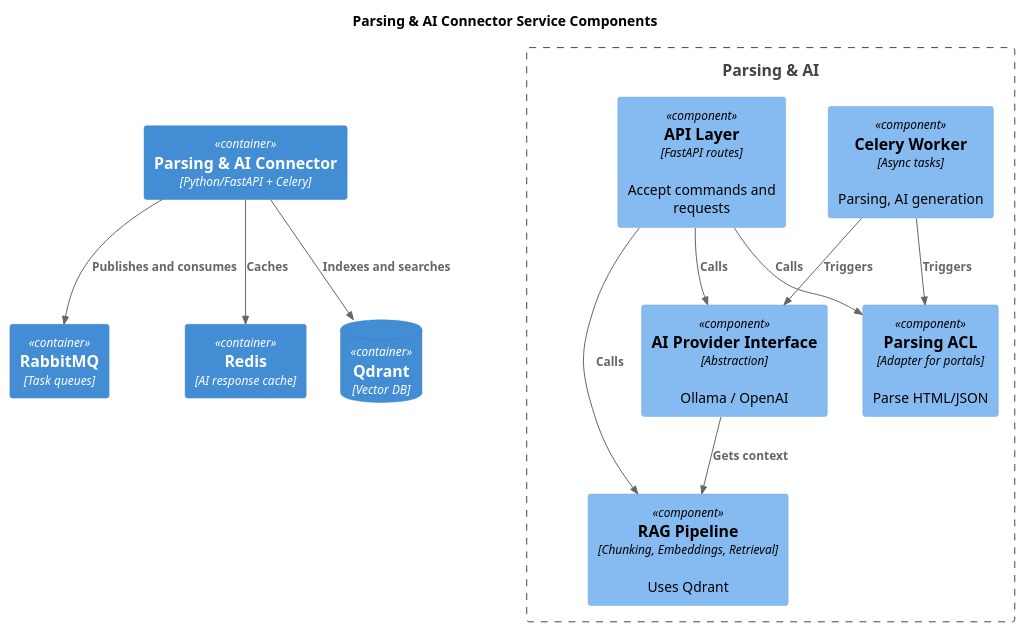
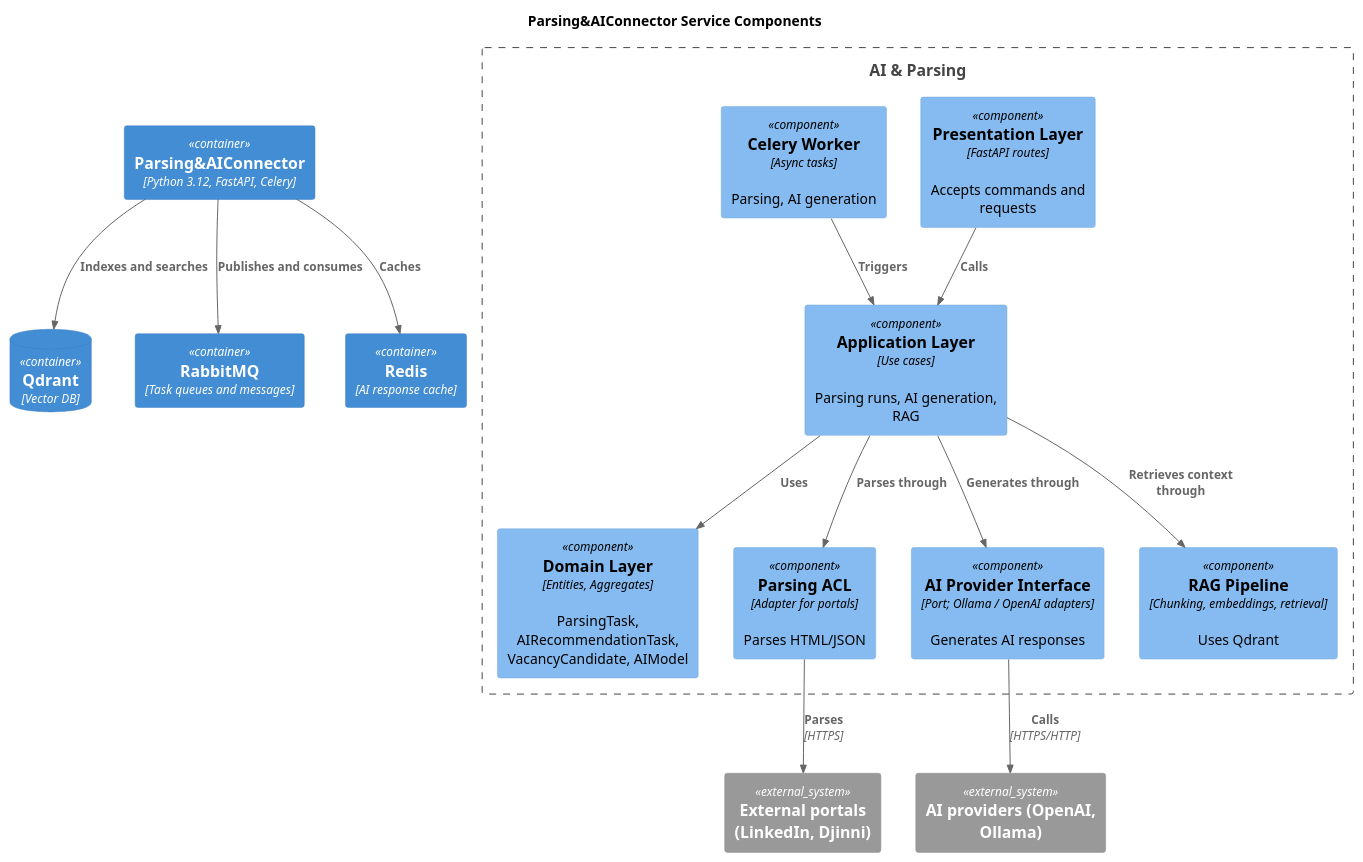
Before and after one commit to AIJobResearcher/docs: the diagram in docs/c4/components-parsing-ai.puml, drawn with PlantUML. The commit also changed 61 other files, not shown here.

```diff
--- a/docs/c4/components-parsing-ai.puml
+++ b/docs/c4/components-parsing-ai.puml
@@ -1,31 +1,39 @@
 @startuml
 !include https://raw.githubusercontent.com/plantuml-stdlib/C4-PlantUML/master/C4_Component.puml
 
-title Parsing & AI Connector Service Components
+title Parsing&AIConnector Service Components
 
-Container(parsing_ai, "Parsing & AI Connector", "Python/FastAPI + Celery")
+Container(parsing_ai, "Parsing&AIConnector", "Python 3.12, FastAPI, Celery")
 
-Boundary(parsing_ai_boundary, "Parsing & AI") {
-    Component(api, "API Layer", "FastAPI routes", "Accept commands and requests")
-    Component(acl_parsing, "Parsing ACL", "Adapter for portals", "Parse HTML/JSON")
-    Component(acl_ai, "AI Provider Interface", "Abstraction", "Ollama / OpenAI")
-    Component(rag, "RAG Pipeline", "Chunking, Embeddings, Retrieval", "Uses Qdrant")
+Boundary(parsing_ai_boundary, "AI & Parsing") {
+    Component(presentation, "Presentation Layer", "FastAPI routes", "Accepts commands and requests")
+    Component(application, "Application Layer", "Use cases", "Parsing runs, AI generation, RAG")
+    Component(domain, "Domain Layer", "Entities, Aggregates", "ParsingTask, AIRecommendationTask, VacancyCandidate, AIModel")
+    Component(acl_parsing, "Parsing ACL", "Adapter for portals", "Parses HTML/JSON")
+    Component(acl_ai, "AI Provider Interface", "Port; Ollama / OpenAI adapters", "Generates AI responses")
+    Component(rag, "RAG Pipeline", "Chunking, embeddings, retrieval", "Uses Qdrant")
     Component(celery_worker, "Celery Worker", "Async tasks", "Parsing, AI generation")
 
-    Rel(api, acl_parsing, "Calls")
-    Rel(api, acl_ai, "Calls")
-    Rel(api, rag, "Calls")
-    Rel(acl_ai, rag, "Gets context")
-    Rel(celery_worker, acl_parsing, "Triggers")
-    Rel(celery_worker, acl_ai, "Triggers")
+    Rel(presentation, application, "Calls")
+    Rel(application, domain, "Uses")
+    Rel(application, acl_parsing, "Parses through")
+    Rel(application, acl_ai, "Generates through")
+    Rel(application, rag, "Retrieves context through")
+    Rel(celery_worker, application, "Triggers")
 }
 
 ContainerDb(qdrant, "Qdrant", "Vector DB")
-Container(rabbitmq, "RabbitMQ", "Task queues")
+Container(rabbitmq, "RabbitMQ", "Task queues and messages")
 Container(redis, "Redis", "AI response cache")
+
+System_Ext(portal, "External portals (LinkedIn, Djinni)")
+System_Ext(ai_provider, "AI providers (OpenAI, Ollama)")
 
 Rel(parsing_ai, qdrant, "Indexes and searches")
 Rel(parsing_ai, rabbitmq, "Publishes and consumes")
 Rel(parsing_ai, redis, "Caches")
 
+Rel(acl_parsing, portal, "Parses", "HTTPS")
+Rel(acl_ai, ai_provider, "Calls", "HTTPS/HTTP")
+
 @enduml
```
